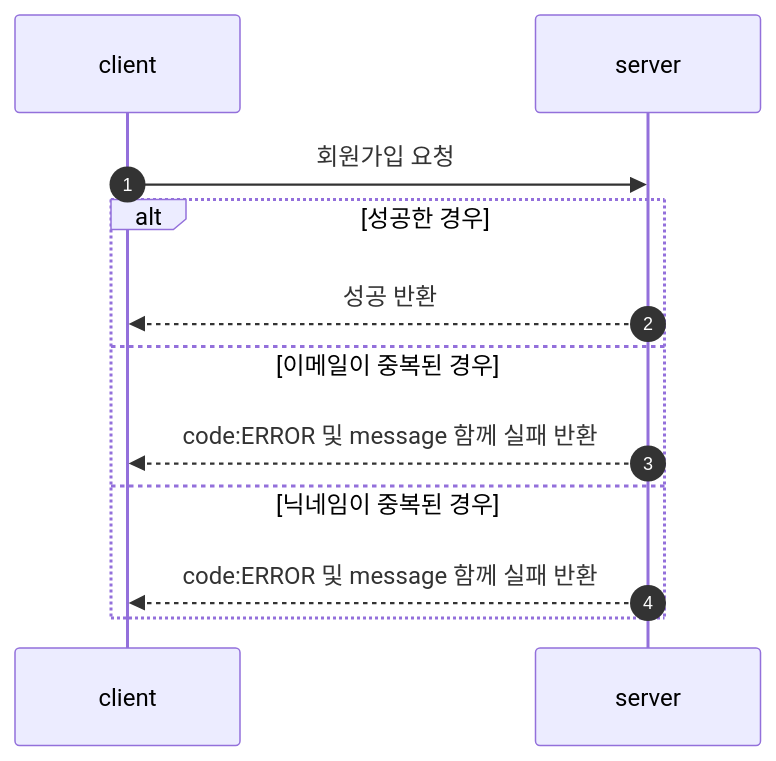
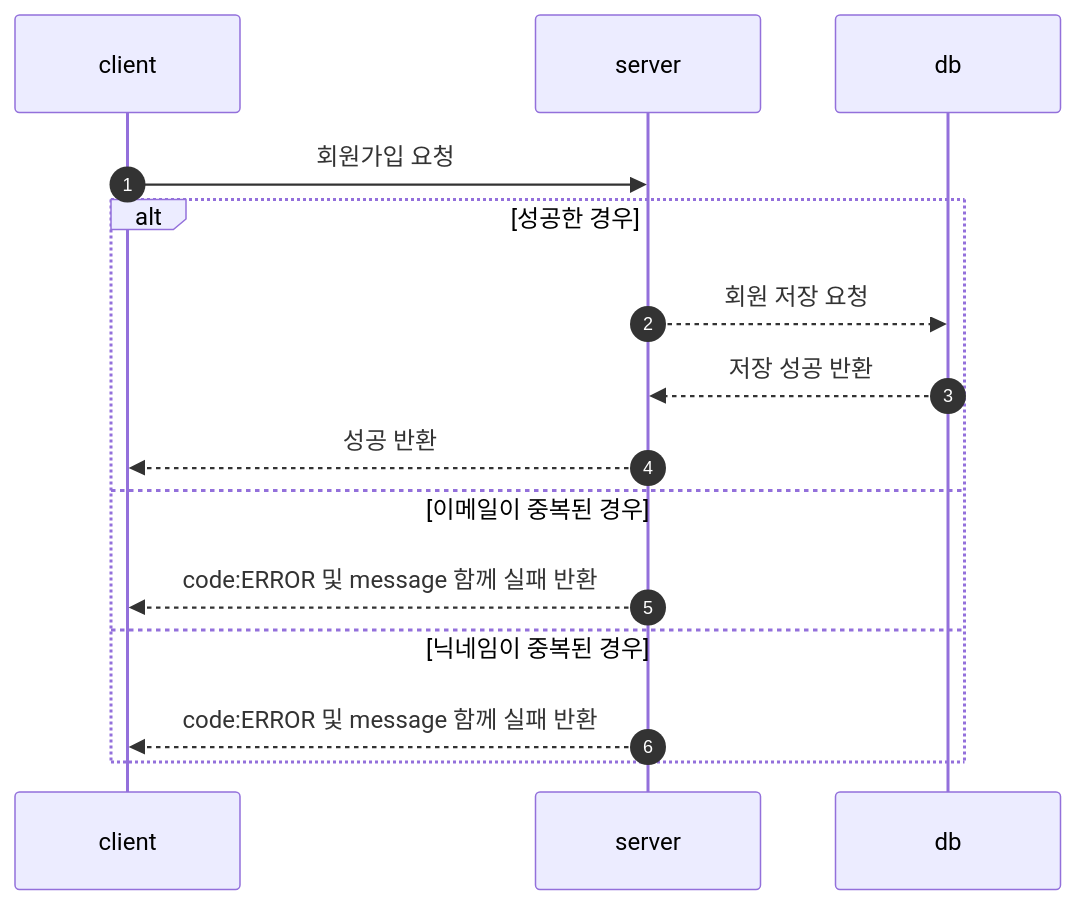
One commit to haaeee/e-voting changed the first of 9 diagrams in README.md. Above: the diagram before and after it, drawn with Mermaid. The commit also changed other lines of this file, not shown here.

````diff
--- a/README.md
+++ b/README.md
@@ -108,12 +139,14 @@
 ```mermaid
   sequenceDiagram
     autonumber
     client ->> server: 회원가입 요청
     alt 성공한 경우
+    server -->> db : 회원 저장 요청
+    db -->> server : 저장 성공 반환
     server -->> client: 성공 반환
     else 이메일이 중복된 경우 
     server -->> client: code:ERROR 및 message 함께 실패 반환
     else 닉네임이 중복된 경우 
     server -->> client: code:ERROR 및 message 함께 실패 반환
     end
 ```
````
